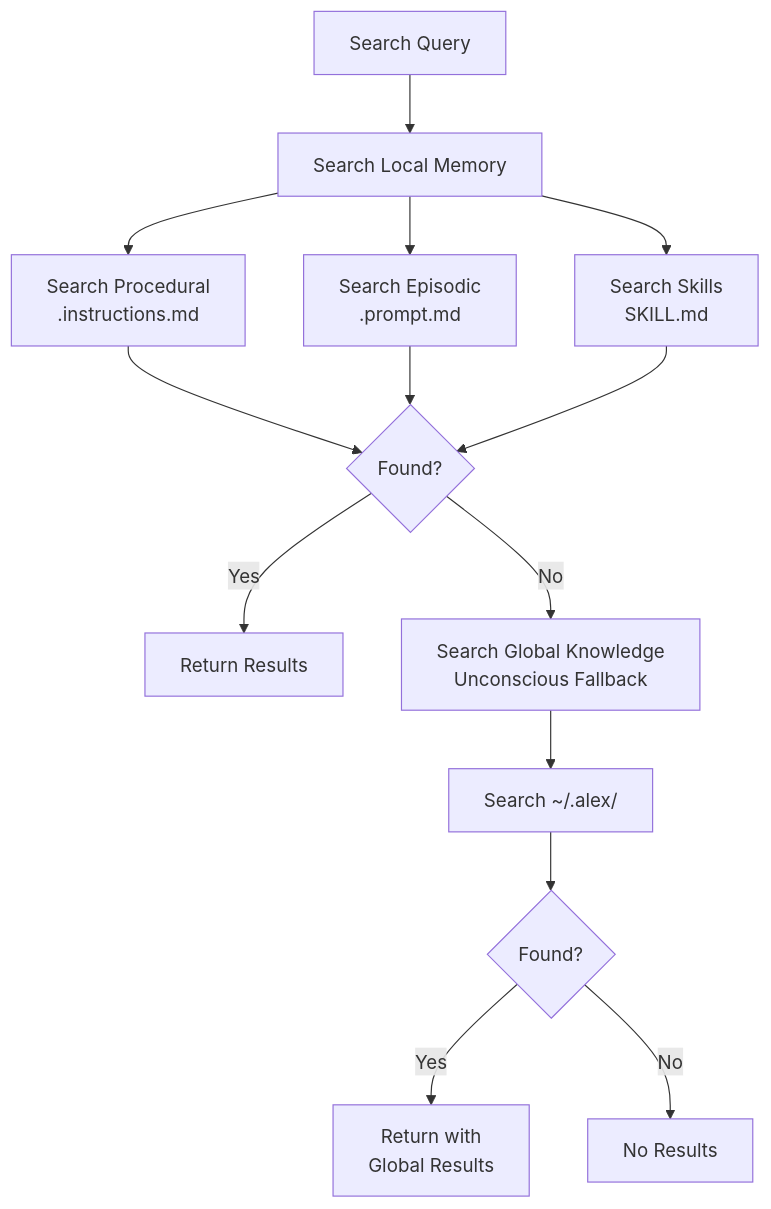
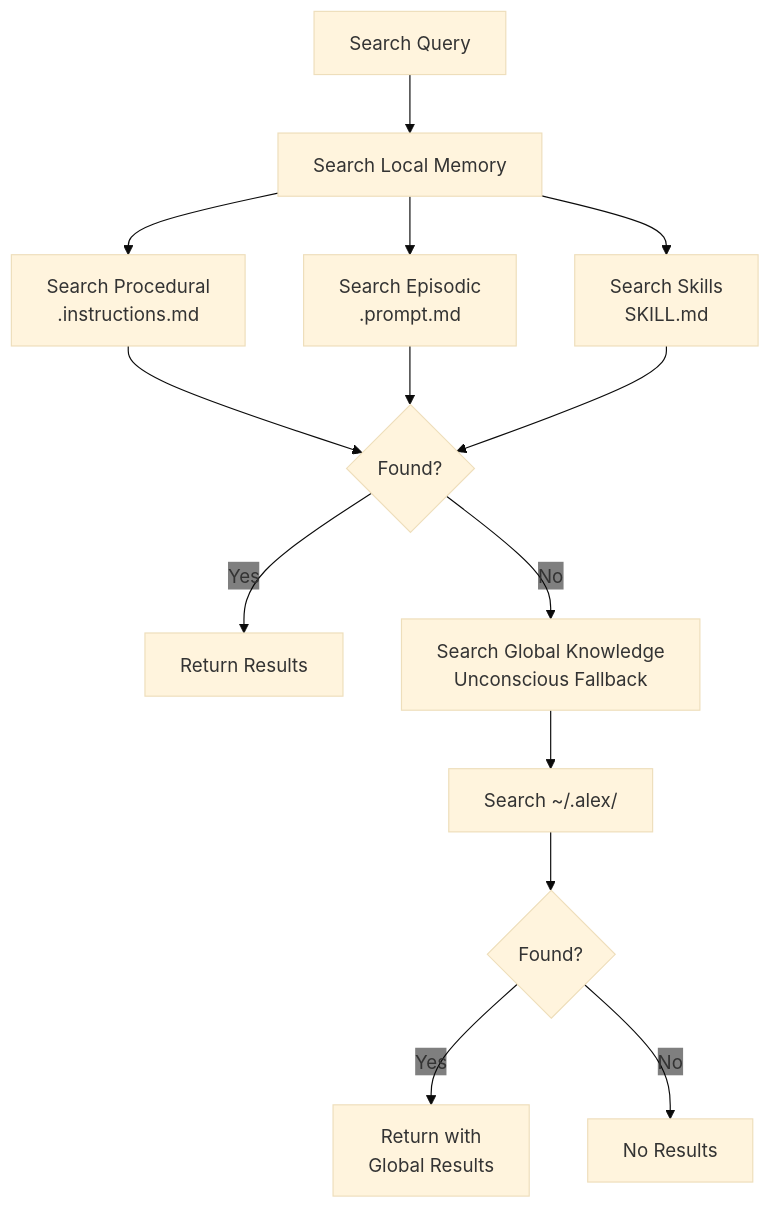
The third of 4 diagrams in alex_docs/architecture/MEMORY-SYSTEMS.md (fabioc-aloha/Alex_Plug_In), drawn with Mermaid before and after one commit. The commit also changed other lines of this file and 3 other files, not shown here.

First line of the commit message:
fix: Mermaid edge label backgrounds + update markdown-mermaid skill

````diff
--- a/alex_docs/architecture/MEMORY-SYSTEMS.md
+++ b/alex_docs/architecture/MEMORY-SYSTEMS.md
@@ -408,23 +410,24 @@
 ```mermaid
+%%{init: {'theme': 'base', 'themeVariables': {'edgeLabelBackground': 'transparent'}}}%%
 flowchart TD
     QUERY[Search Query]
 
     QUERY --> LOCAL[Search Local Memory]
 
     LOCAL --> PM_SEARCH[Search Procedural<br/>.instructions.md]
     LOCAL --> EM_SEARCH[Search Episodic<br/>.prompt.md]
     LOCAL --> SK_SEARCH[Search Skills<br/>SKILL.md]
 
     PM_SEARCH --> RESULTS{Found?}
     EM_SEARCH --> RESULTS
     SK_SEARCH --> RESULTS
 
     RESULTS -->|Yes| RETURN[Return Results]
     RESULTS -->|No| GLOBAL[Search Global Knowledge<br/>Unconscious Fallback]
 
     GLOBAL --> GK_SEARCH[Search ~/.alex/]
     GK_SEARCH --> GK_RESULTS{Found?}
 
     GK_RESULTS -->|Yes| AUGMENT[Return with<br/>Global Results]
     GK_RESULTS -->|No| EMPTY[No Results]
 ```
````
